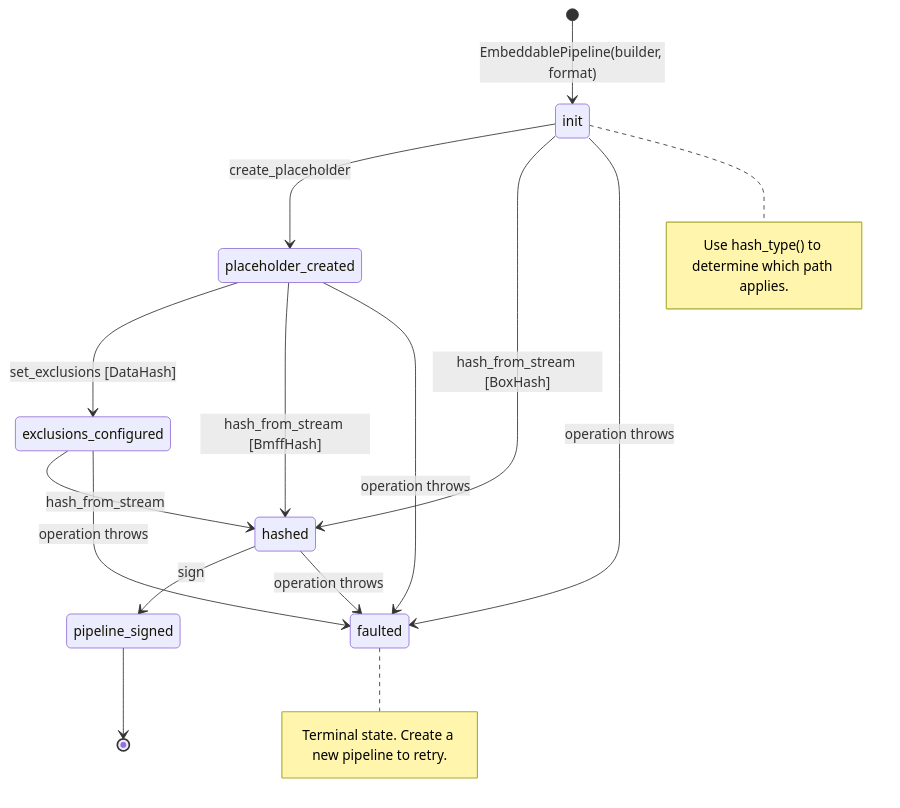
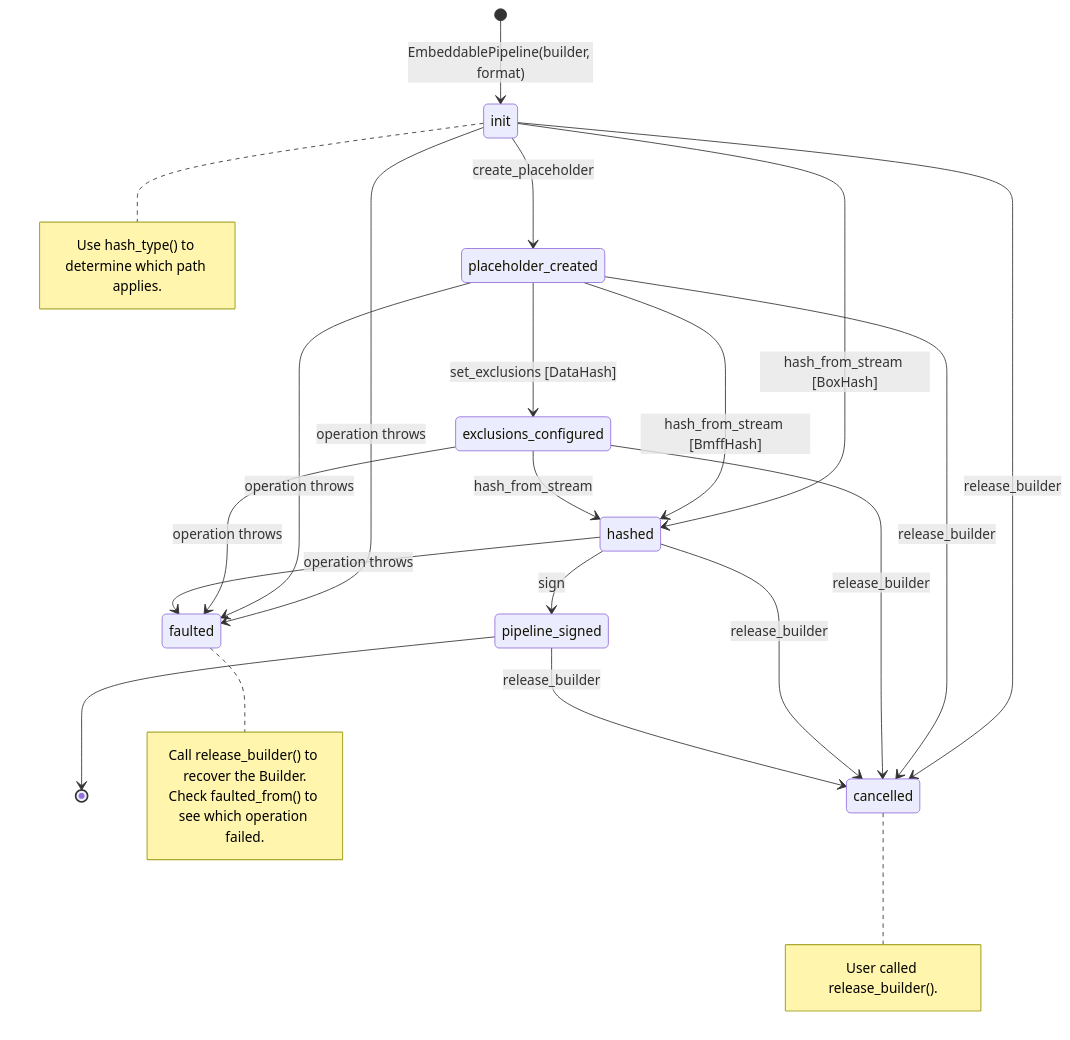
Before and after one commit to contentauth/c2pa-c: the seventh of 8 diagrams in docs/embeddable-api.md, drawn with Mermaid. The commit also changed other lines of this file and 3 other files, not shown here.

````diff
--- a/docs/embeddable-api.md
+++ b/docs/embeddable-api.md
@@ -550,28 +550,39 @@
 ```mermaid
 stateDiagram-v2
     [*] --> init : EmbeddablePipeline(builder, format)
 
     init --> placeholder_created : create_placeholder
     init --> hashed : hash_from_stream [BoxHash]
 
     placeholder_created --> exclusions_configured : set_exclusions [DataHash]
     placeholder_created --> hashed : hash_from_stream [BmffHash]
 
     exclusions_configured --> hashed : hash_from_stream
 
     hashed --> pipeline_signed : sign
     pipeline_signed --> [*]
 
     init --> faulted : operation throws
     placeholder_created --> faulted : operation throws
     exclusions_configured --> faulted : operation throws
     hashed --> faulted : operation throws
 
+    init --> cancelled : release_builder
+    placeholder_created --> cancelled : release_builder
+    exclusions_configured --> cancelled : release_builder
+    hashed --> cancelled : release_builder
+    pipeline_signed --> cancelled : release_builder
+
     note right of init
         Use hash_type() to determine which path applies.
     end note
 
     note right of faulted
-        Terminal state. Create a new pipeline to retry.
+        Call release_builder() to recover the Builder.
+        Check faulted_from() to see which operation failed.
+    end note
+
+    note right of cancelled
+        User called release_builder().
     end note
 ```
````
